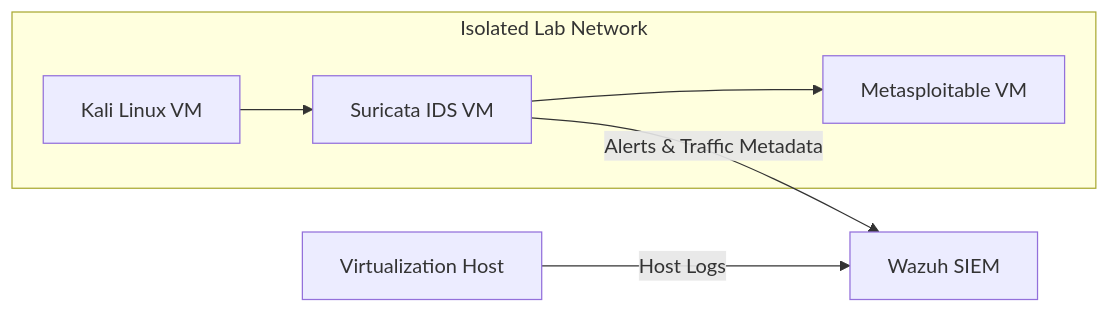
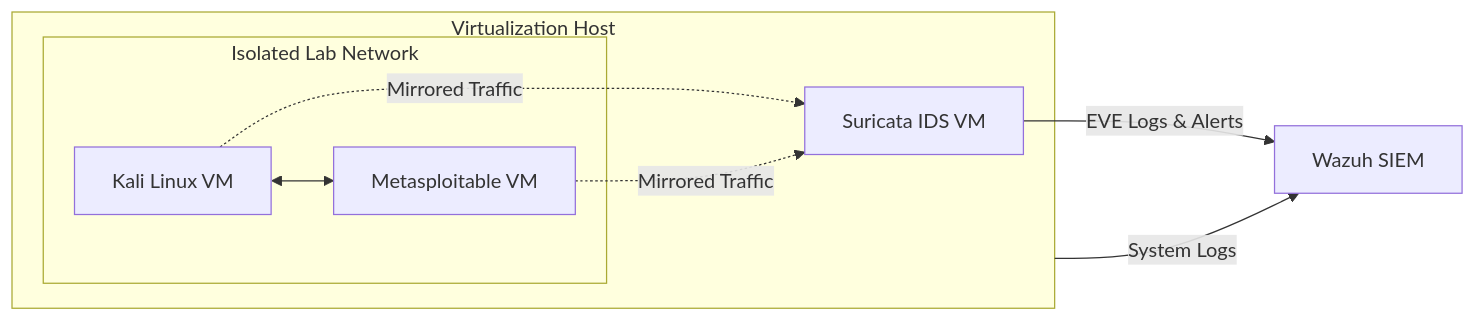
Before and after one commit to BrettPridemore/Cybersecurity-Home-Lab: the diagram in README.md, drawn with Mermaid.

````diff
--- a/README.md
+++ b/README.md
@@ -29,19 +29,22 @@
 ```mermaid
 graph LR
  
 SIEM["Wazuh SIEM"]
  
-HOST["Virtualization Host"]
- 
-subgraph "Isolated Lab Network"
+subgraph HOST["Virtualization Host"]
+subgraph LAB["Isolated Lab Network"]
 KALI["Kali Linux VM"]
-IDS["Suricata IDS VM"]
 META["Metasploitable VM"]
- 
-KALI --> IDS
-IDS --> META
 end
  
-IDS -->|Alerts & Traffic Metadata| SIEM
-HOST -->|Host Logs| SIEM
+IDS["Suricata IDS VM"]
+ 
+KALI <--> META
+ 
+KALI -. Mirrored Traffic .-> IDS
+META -. Mirrored Traffic .-> IDS
+end
+ 
+IDS -->|EVE Logs & Alerts| SIEM
+HOST -->|System Logs| SIEM
 ```
````
